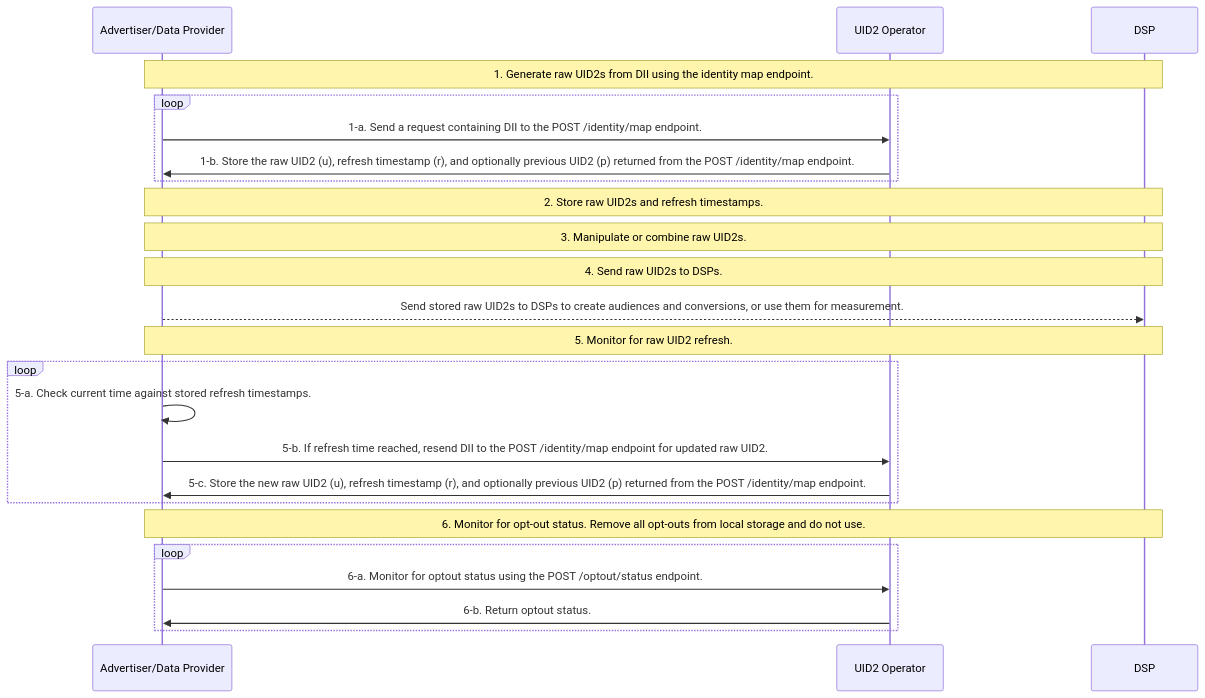
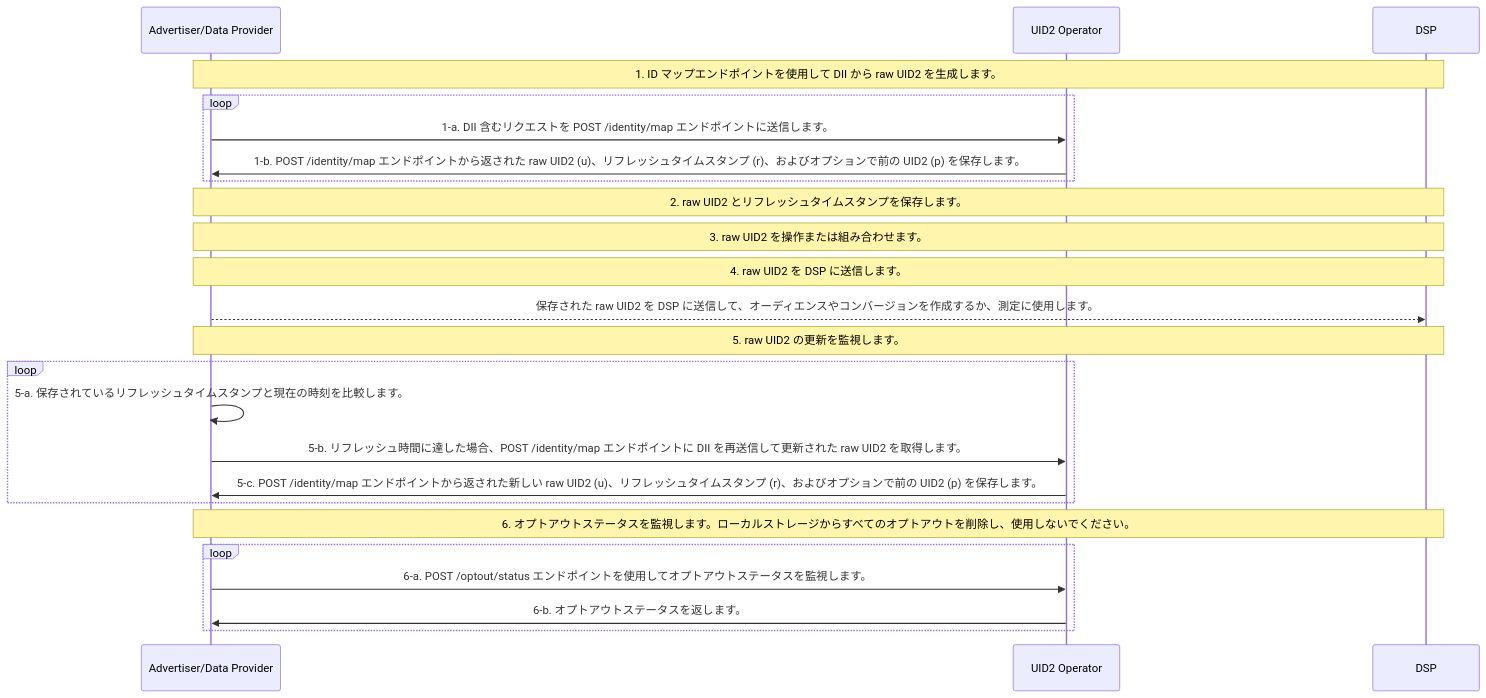
Before and after one commit to IABTechLab/uid2docs: the diagram in i18n/ja/docusaurus-plugin-content-docs/current/guides/images/resource/advertiser-flow-endpoints-v3-mermaid.mermaid, drawn with Mermaid. The commit also changed 5 other files, not shown here.

Commit message:
Translate mermaid diagram

```diff
--- a/i18n/ja/docusaurus-plugin-content-docs/current/guides/images/resource/advertiser-flow-endpoints-v3-mermaid.mermaid
+++ b/i18n/ja/docusaurus-plugin-content-docs/current/guides/images/resource/advertiser-flow-endpoints-v3-mermaid.mermaid
@@ -1,29 +1,29 @@
 %%26/6/25: V3 API Update - Updated endpoints diagram to use V3 identity map API with refresh timestamps instead of salt bucket monitoring.
 
   sequenceDiagram
     participant ADP as Advertiser/Data Provider
     participant UID as UID2 Operator
     participant DSP
-    Note over ADP,DSP: 1. Generate raw UID2s from DII using the identity map endpoint.
+    Note over ADP,DSP: 1. ID マップエンドポイントを使用して DII から raw UID2 を生成します。
         loop 
-    ADP->>UID: 1-a. Send a request containing DII to the POST /identity/map endpoint.
-    UID->>ADP: 1-b. Store the raw UID2 (u), refresh timestamp (r), and optionally previous UID2 (p) returned from the POST /identity/map endpoint.
+    ADP->>UID: 1-a. DII 含むリクエストを POST /identity/map エンドポイントに送信します。
+    UID->>ADP: 1-b. POST /identity/map エンドポイントから返された raw UID2 (u)、リフレッシュタイムスタンプ (r)、およびオプションで前の UID2 (p) を保存します。
     end
-    Note over ADP,DSP: 2. Store raw UID2s and refresh timestamps.
-    Note over ADP,DSP: 3. Manipulate or combine raw UID2s.
-     Note over ADP,DSP: 4. Send raw UID2s to DSPs.
-    ADP-->>DSP: Send stored raw UID2s to DSPs to create audiences and conversions, or use them for measurement.
-    Note over ADP,DSP: 5. Monitor for raw UID2 refresh.
+    Note over ADP,DSP: 2. raw UID2 とリフレッシュタイムスタンプを保存します。
+    Note over ADP,DSP: 3. raw UID2 を操作または組み合わせます。
+    Note over ADP,DSP: 4. raw UID2 を DSP に送信します。
+    ADP-->>DSP: 保存された raw UID2 を DSP に送信して、オーディエンスやコンバージョンを作成するか、測定に使用します。    
+    Note over ADP,DSP: 5. raw UID2 の更新を監視します。
     loop
-       ADP->>ADP: 5-a. Check current time against stored refresh timestamps.
-       ADP->>UID: 5-b. If refresh time reached, resend DII to the POST /identity/map endpoint for updated raw UID2.
-       UID->>ADP: 5-c. Store the new raw UID2 (u), refresh timestamp (r), and optionally previous UID2 (p) returned from the POST /identity/map endpoint.
+       ADP->>ADP: 5-a. 保存されているリフレッシュタイムスタンプと現在の時刻を比較します。
+       ADP->>UID: 5-b. リフレッシュ時間に達した場合、POST /identity/map エンドポイントに DII を再送信して更新された raw UID2 を取得します。
+       UID->>ADP: 5-c. POST /identity/map エンドポイントから返された新しい raw UID2 (u)、リフレッシュタイムスタンプ (r)、およびオプションで前の UID2 (p) を保存します。
     end
-    Note over ADP,DSP: 6. Monitor for opt-out status. Remove all opt-outs from local storage and do not use.
+    Note over ADP,DSP: 6. オプトアウトステータスを監視します。ローカルストレージからすべてのオプトアウトを削除し、使用しないでください。
     loop
-       ADP->>UID: 6-a. Monitor for optout status using the POST /optout/status endpoint.
-       UID->>ADP: 6-b. Return optout status.
+       ADP->>UID: 6-a. POST /optout/status エンドポイントを使用してオプトアウトステータスを監視します。
+       UID->>ADP: 6-b. オプトアウトステータスを返します。
     end
 
 %%URL:
-%%https://mermaid.live/edit#pako:eNrNVU1v2kAQ_SujPSUSGDDYgA-RolBVHNKg0F4qLht7gFXxrrsfSWmU_97ZNeYjASnH-oDZ3Zk3b948rV9ZrgpkGQMw-NuhzHEi-ErzciGBnoprK3JRcWnhdjIDbuC2eEbaNKg7E245zLR6FgXqjwk_phOfQK8YHirU3KozUZP5rN78piyCInBfqUXbGfQi-IrSZyJo_hKgDCy1KmEynYIzQq7ArhGIgLTCbqHkFaAsKiWkjWpc_2yUqqBeEnj75oaQCL7NI5hTOHDQvn1jIVfSciE9sC9hVcCfPcy_Q6ep0jlThQAJlsA97BPBUrMYchvicOWuW1RnqdGswYqSyvGygitN25xIqMoKJflms4VK47NQbifeVXVNedZpiUXd_ec40fKitHFD8aCr5_CBnokuQvQjuOdSVG7j56M0aVc-CXkE2UzgTPJgp_yhPElNJ02OHxMJGmJDoPFsz8T7d67RU-CuEN7CdSs0SapoSFLT8uycCfMoYUmLErlxGkvci3WGY0INKimocMjZD3In0i7Re2vvtNpdwQaJd9fdGvNfkDutqVJQFfiK_EVOaxq6pPipVxNvqunyJJwWPF9j4V1lvEafc2xoxlUFSXbQ81D0yMlJOz92ssSX_9TN6emkqHZbOS8xt85E8IglxQORaY52t8hG5XwTJsFXGGgXCqSy3iyXxxsGkvrxvit6qHl0N9Wd1aed3enHK-pI9dSP-jEodAr6Xojml7XYSouCZVY7bLESdcn9kr36iAXzrscFy-gvEaVBLdhCvlEWXcA_lSqbRK3cas2yJd8YWtUO2X0O9rvcWTXfyrzJqaO-FF6GfRCG5X39aQlfmFCLZa_sD8t6vW6UxINBPOyP416aDvsttmXZoJ9ESTKIR6M0jodJmvTfWuxvoNeNRoNxf9BNe8M0SYfd4YjIkgyo75STlmXjt38Vsi5b
+%%https://mermaid.live/edit#pako:eNrNVctu2zAQ_JUFTwlgyy_JTnQIEMRF4UOaoG4vhS-MtLaJWqTKR1I3yL93l_KzsYEcq4tMcnd2dnZMvYrClChyAfQ4_BVQFzhWcmFlNdO8WUvrVaFqqT3cjh9BOrgtn5E2HdrOWHoJj9Y8qxLt-4TvkzEn0KsPDzVa6c2JqPH0sdn8YjyCIXCu1KLtHHoJfEbNmQhWvkQoB3NrKhhPJhCc0gvwSwQioL3ya6hkDajL2ijtkwaXn5UxNTRLAm_f3BASwbdlAlMKBwmW23ceCqO9VJqBuYQ3Ef_xYfoNOtsqnRNVCJBgCZxhnwiWmsWYuyUOF-GyRXXmFt0SvKqonKxquLC0LYmEqb0yWq5Wa6gtPisTNuJd1JeU54PVWDbdf4wTLc9K299S3OvKHN7Rc8lZiEEC91KrOqx4PsaSdtWT0geQ2wmcSE43yu_Lk9R0ss3hMZGgMTYGOmZ7Ip7fhUWmIEOp2MJNKzRJquhIUtdidsHFeVQwp0WF0gWLFe7EOsExowaNVlQ45uwGuRFpk8je2jmtcVe0Qcbuulti8ROKYC1ViqqCXJC_yGnbhs4pfuzVjE01mR-F00IWSyzZVY41-phjYzOhLkmyvZ77ogdOztrFoZM1vvynbh4eT4pqt01giaUPLoGvWFE8EJnt0eYWWZlCruIk5AIj7dKANp7Ncn68cSBDHu8_Rfc1D-6mprPmtLM5fX9FHag-5FF_jQodg-6FEC1Roa2kKun2fuXtmWBv40zk9JPo0DhmYqbfKFIGb6ZrXYjc24At0Yx-c8-LfC5Xjnax5E7umw9C_C60BF3QIn8Vv0Xe6_WSfi8dDa8GvfQq7fbSlliLPB1myfAq63cHo-thv5_207eW-GMMwXaT62yQZdfZaERR3WxEGdaExXJXkdB_xNCG1sJyN4cUP0VKu3j6C9F35s4E7UU-evsL2jsrNA
```
